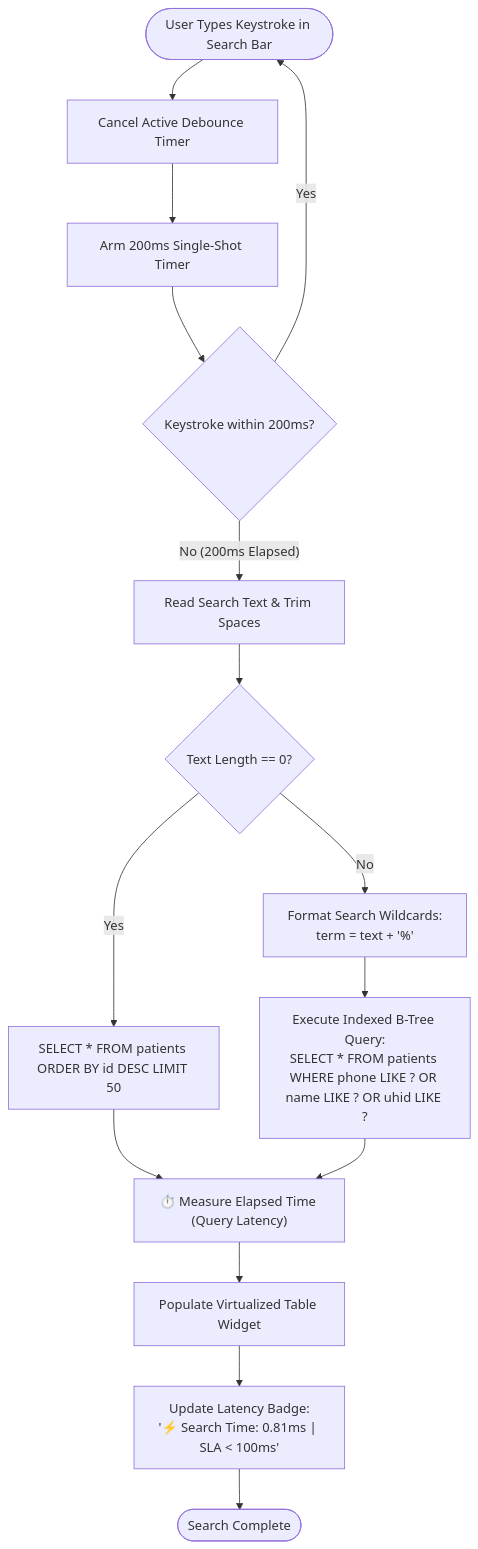
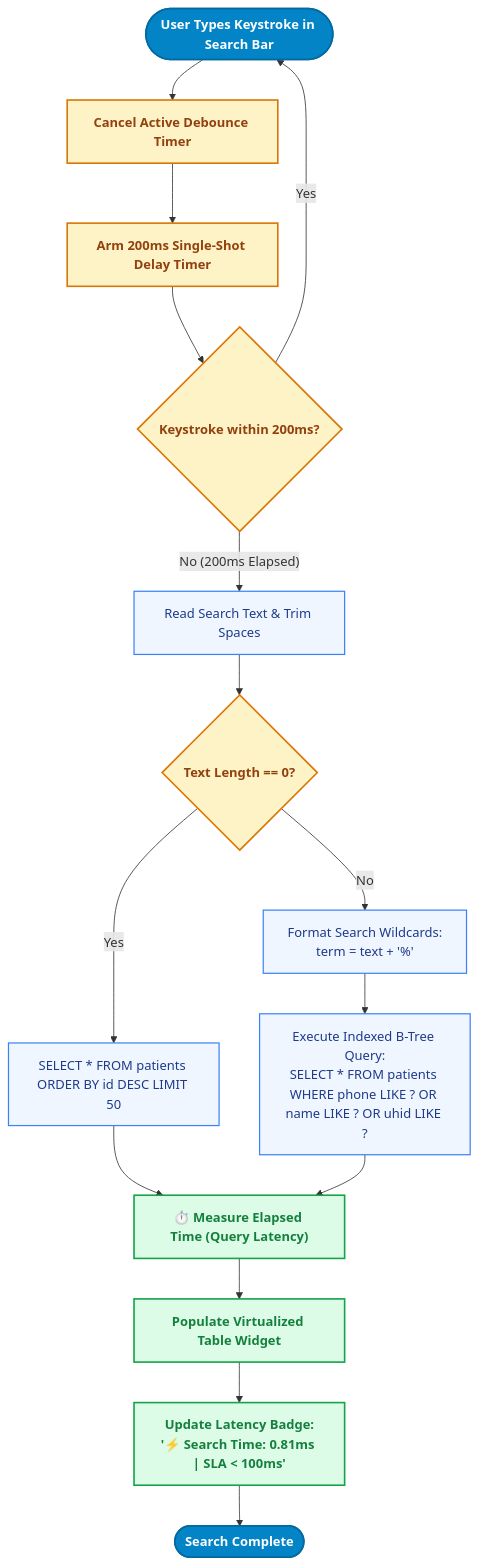
Before and after one commit to bbhupinder5321-lang/BBAT104_TQM_2410301011: the fifth of 8 diagrams in docs/Flowcharts_and_Workflows.md, drawn with Mermaid. The commit also changed other lines of this file and 1 other file, not shown here.

Commit message:
style: enhance flowcharts with color-coded stages, defined classes, and visual subgraphs

````diff
--- a/docs/Flowcharts_and_Workflows.md
+++ b/docs/Flowcharts_and_Workflows.md
@@ -236,22 +289,27 @@
 ```mermaid
 flowchart TD
-    UserType([User Types Keystroke in Search Bar]) --> KillTimer[Cancel Active Debounce Timer]
-    KillTimer --> NewTimer[Arm 200ms Single-Shot Timer]
+    classDef startPill fill:#0284C7,stroke:#0369A1,stroke-width:2px,color:#FFFFFF,font-weight:bold;
+    classDef timer fill:#FEF3C7,stroke:#D97706,stroke-width:2px,color:#92400E,font-weight:bold;
+    classDef query fill:#EFF6FF,stroke:#3B82F6,stroke-width:1.5px,color:#1E3A8A;
+    classDef success fill:#DCFCE7,stroke:#16A34A,stroke-width:2px,color:#15803D,font-weight:bold;
+
+    UserType([User Types Keystroke in Search Bar]):::startPill --> KillTimer[Cancel Active Debounce Timer]:::timer
+    KillTimer --> NewTimer[Arm 200ms Single-Shot Delay Timer]:::timer
     
-    NewTimer --> WaitKey{Keystroke within 200ms?}
+    NewTimer --> WaitKey{Keystroke within 200ms?}:::timer
     WaitKey -- "Yes" --> UserType
-    WaitKey -- "No (200ms Elapsed)" --> ReadInput[Read Search Text & Trim Spaces]
+    WaitKey -- "No (200ms Elapsed)" --> ReadInput[Read Search Text & Trim Spaces]:::query
     
-    ReadInput --> CheckEmpty{Text Length == 0?}
-    CheckEmpty -- "Yes" --> QueryAll["SELECT * FROM patients ORDER BY id DESC LIMIT 50"]
+    ReadInput --> CheckEmpty{Text Length == 0?}:::timer
+    CheckEmpty -- "Yes" --> QueryAll["SELECT * FROM patients ORDER BY id DESC LIMIT 50"]:::query
     
-    CheckEmpty -- "No" --> FormatQuery["Format Search Wildcards:<br/>term = text + '%'"]
-    FormatQuery --> ExecQuery["Execute Indexed B-Tree Query:<br/>SELECT * FROM patients WHERE phone LIKE ? OR name LIKE ? OR uhid LIKE ?"]
+    CheckEmpty -- "No" --> FormatQuery["Format Search Wildcards:<br/>term = text + '%'"]:::query
+    FormatQuery --> ExecQuery["Execute Indexed B-Tree Query:<br/>SELECT * FROM patients WHERE phone LIKE ? OR name LIKE ? OR uhid LIKE ?"]:::query
     
-    QueryAll --> MeasureTime["⏱️ Measure Elapsed Time (Query Latency)"]
+    QueryAll --> MeasureTime["⏱️ Measure Elapsed Time (Query Latency)"]:::success
     ExecQuery --> MeasureTime
     
-    MeasureTime --> UpdateGrid[Populate Virtualized Table Widget]
-    UpdateGrid --> UpdateBadge["Update Latency Badge:<br/>'⚡ Search Time: 0.81ms | SLA < 100ms'"]
-    UpdateBadge --> Done([Search Complete])
+    MeasureTime --> UpdateGrid[Populate Virtualized Table Widget]:::success
+    UpdateGrid --> UpdateBadge["Update Latency Badge:<br/>'⚡ Search Time: 0.81ms | SLA < 100ms'"]:::success
+    UpdateBadge --> Done([Search Complete]):::startPill
 ```
````
